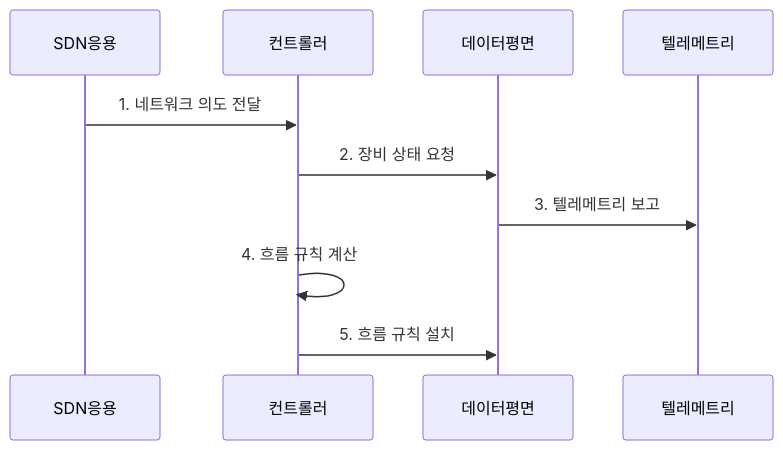
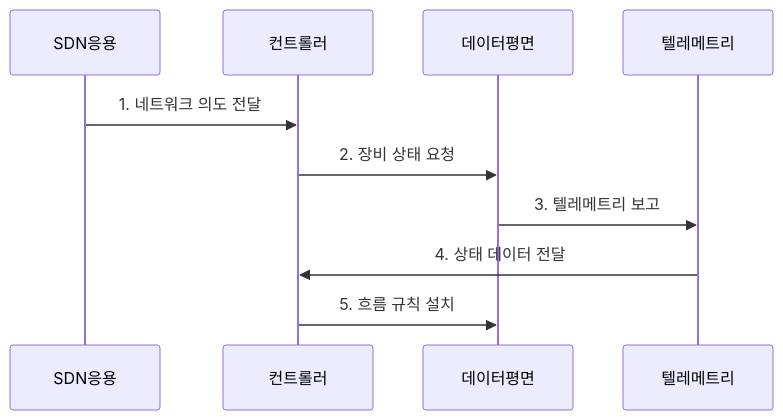
The second of 2 diagrams in src/content/docs/notes/04-network/056_software_defined_networking.md (agnusdei1207/knowledge-base), drawn with Mermaid before and after one commit. The commit also changed other lines of this file and 122 other files, not shown here.

````diff
--- a/src/content/docs/notes/04-network/056_software_defined_networking.md
+++ b/src/content/docs/notes/04-network/056_software_defined_networking.md
@@ -81,12 +81,12 @@
 ```mermaid
 sequenceDiagram
     participant SDN응용
     participant 컨트롤러
     participant 데이터평면
     participant 텔레메트리
     SDN응용->>컨트롤러: 1. 네트워크 의도 전달
     컨트롤러->>데이터평면: 2. 장비 상태 요청
     데이터평면->>텔레메트리: 3. 텔레메트리 보고
-    컨트롤러->>컨트롤러: 4. 흐름 규칙 계산
+    텔레메트리->>컨트롤러: 4. 상태 데이터 전달
     컨트롤러->>데이터평면: 5. 흐름 규칙 설치
 ```
````
